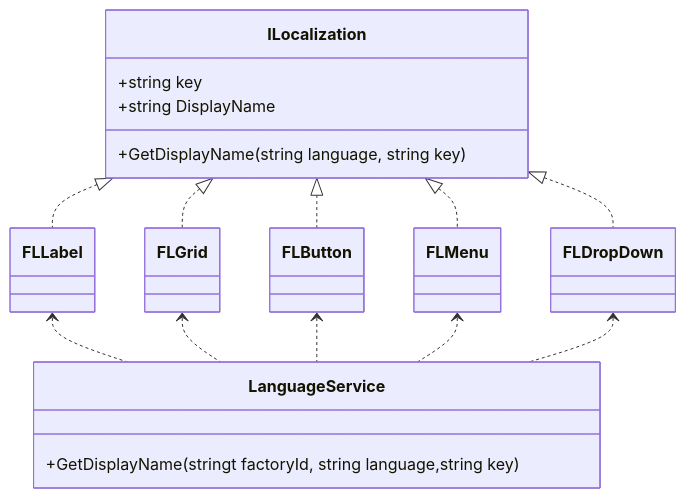
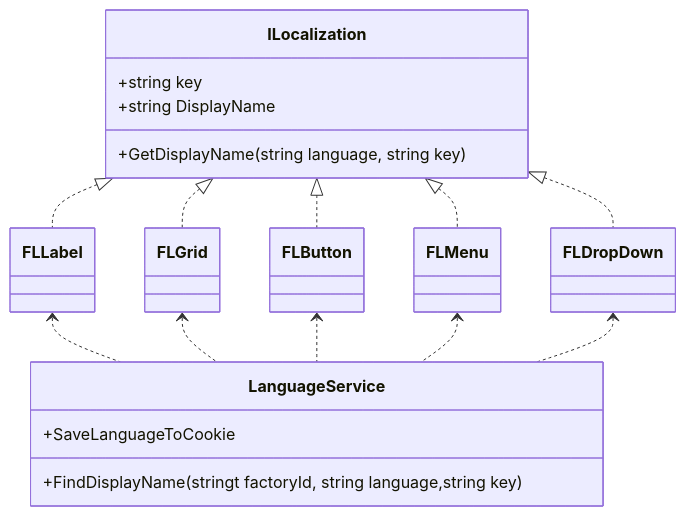
Before and after one commit to pyhu26/MDDocument: the fourth of 4 diagrams in MdFiles/3 설계/UI FW.md, drawn with Mermaid. The commit also changed other lines of this file and 9 other files, not shown here.

```diff
--- a/MdFiles/3 설계/UI FW.md
+++ b/MdFiles/3 설계/UI FW.md
@@ -246,24 +252,26 @@
     ::: mermaid
     classDiagram
         ILocalization <|.. FLLabel
         ILocalization <|.. FLGrid
         ILocalization <|.. FLButton
         ILocalization <|.. FLMenu
         ILocalization <|.. FLDropDown
         FLLabel <.. LanguageService
         FLGrid <.. LanguageService
         FLButton <.. LanguageService
         FLMenu <.. LanguageService
         FLDropDown <.. LanguageService
         class ILocalization
         ILocalization : +string key
         ILocalization : +string DisplayName
         ILocalization : +GetDisplayName(string language, string key)
         class FLLabel
         class FLGrid
         class FLButton
         class FLMenu
         class FLDropDown
         class LanguageService
-        LanguageService : +GetDisplayName(stringt factoryId, string language,string key)
+        LanguageService : +FindDisplayName(stringt factoryId, string language,string key)
+        LanguageService : +SaveLanguageToCookie
+
     :::
```
